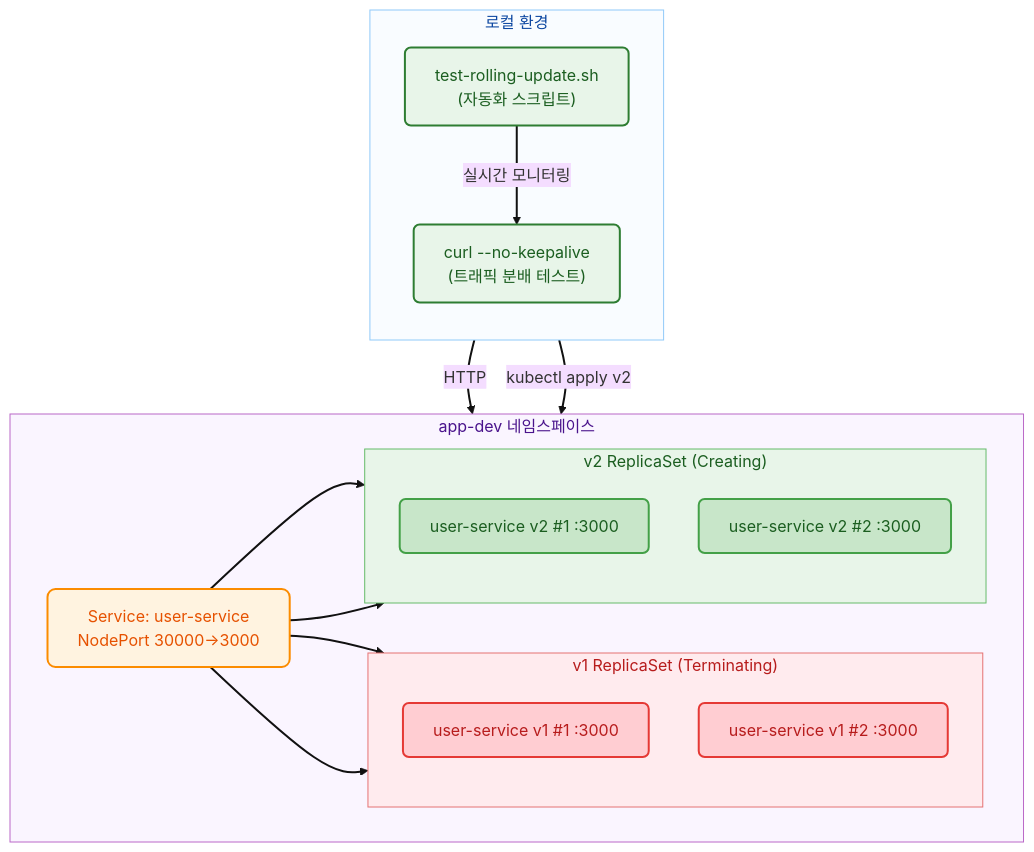
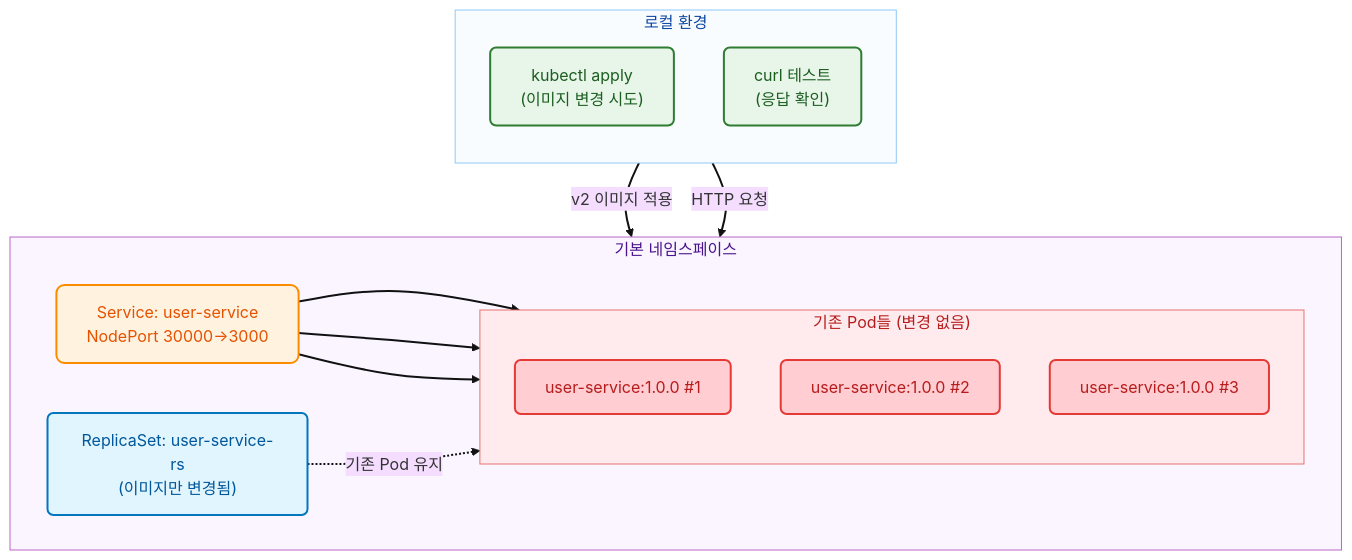
Before and after one commit to mogumogu-lab/k8s-replicaset: the diagram in README-ko.md, drawn with Mermaid. The commit also changed other lines of this file and 3 other files, not shown here.

````diff
--- a/README-ko.md
+++ b/README-ko.md
@@ -25,62 +25,55 @@
 ```mermaid
 %%{init: {
   'theme': 'base',
   'themeVariables': {
     'fontFamily': 'Inter, Pretendard, sans-serif'
   }
 }}%%
 
 flowchart TB
 
 %% ---------- Class definitions ----------
 classDef boxLocal    fill:#E3F2FD,stroke:#1E88E5,color:#0D47A1,stroke-width:2px,rx:6,ry:6;
 classDef boxK8s      fill:#F3E5F5,stroke:#8E24AA,color:#4A148C,stroke-width:2px,rx:6,ry:6;
 classDef boxSvc      fill:#FFF3E0,stroke:#FB8C00,color:#E65100,stroke-width:2px,rx:8,ry:8;
 classDef boxV1       fill:#FFCDD2,stroke:#E53935,color:#B71C1C,stroke-width:2px,rx:6,ry:6;
-classDef boxV2       fill:#C8E6C9,stroke:#43A047,color:#1B5E20,stroke-width:2px,rx:6,ry:6;
+classDef boxRS       fill:#E1F5FE,stroke:#0277BD,color:#01579B,stroke-width:2px,rx:6,ry:6;
 classDef boxTool     fill:#E8F5E9,stroke:#2E7D32,color:#1B5E20,stroke-width:2px,rx:6,ry:6;
 
 %% Default link style (darker & thicker)
 linkStyle default stroke:#111,stroke-width:2px;
 
 %% ---------- Local ----------
 subgraph Local["로컬 환경"]
   direction TB
-  script["test-rolling-update.sh<br/>(자동화 스크립트)"]:::boxTool
-  curl["curl --no-keepalive<br/>(트래픽 분배 테스트)"]:::boxTool
+  kubectl["kubectl apply<br/>(이미지 변경 시도)"]:::boxTool
+  curl["curl 테스트<br/>(응답 확인)"]:::boxTool
 end
 style Local fill:#F9FCFF,stroke:#90CAF9,color:#0D47A1
 
 %% ---------- K8s ----------
-subgraph K8s["app-dev 네임스페이스"]
+subgraph K8s["기본 네임스페이스"]
   direction LR
 
-  subgraph V1["v1 ReplicaSet (Terminating)"]
+  RS["ReplicaSet: user-service-rs<br/>(이미지만 변경됨)"]:::boxRS
+
+  subgraph Pods["기존 Pod들 (변경 없음)"]
     direction TB
-    p1["user-service v1 #1 :3000"]:::boxV1
-    p2["user-service v1 #2 :3000"]:::boxV1
+    p1["user-service:1.0.0 #1"]:::boxV1
+    p2["user-service:1.0.0 #2"]:::boxV1
+    p3["user-service:1.0.0 #3"]:::boxV1
   end
-  style V1 fill:#FFEBEE,stroke:#E57373,color:#B71C1C
+  style Pods fill:#FFEBEE,stroke:#E57373,color:#B71C1C
 
   SVC["Service: user-service<br/>NodePort 30000→3000"]:::boxSvc
-
-  subgraph V2["v2 ReplicaSet (Creating)"]
-    direction TB
-    p3["user-service v2 #1 :3000"]:::boxV2
-    p4["user-service v2 #2 :3000"]:::boxV2
-  end
-  style V2 fill:#E8F5E9,stroke:#66BB6A,color:#1B5E20
 end
 style K8s fill:#FAF5FF,stroke:#BA68C8,color:#4A148C
 
 %% ---------- Edges ----------
-script -->|kubectl apply v2| K8s
-script -->|실시간 모니터링| curl
-curl -->|HTTP| SVC
+kubectl -->|v2 이미지 적용| RS
+RS -.->|기존 Pod 유지| Pods
+curl -->|HTTP 요청| SVC
 SVC --> p1
-SVC --> p2
+SVC --> p2  
 SVC --> p3
-SVC --> p4
-%% Optional: emphasize traffic edges to new pods
-%% linkStyle <index> stroke:#2E7D32,stroke-width:3px;
 ```
````
